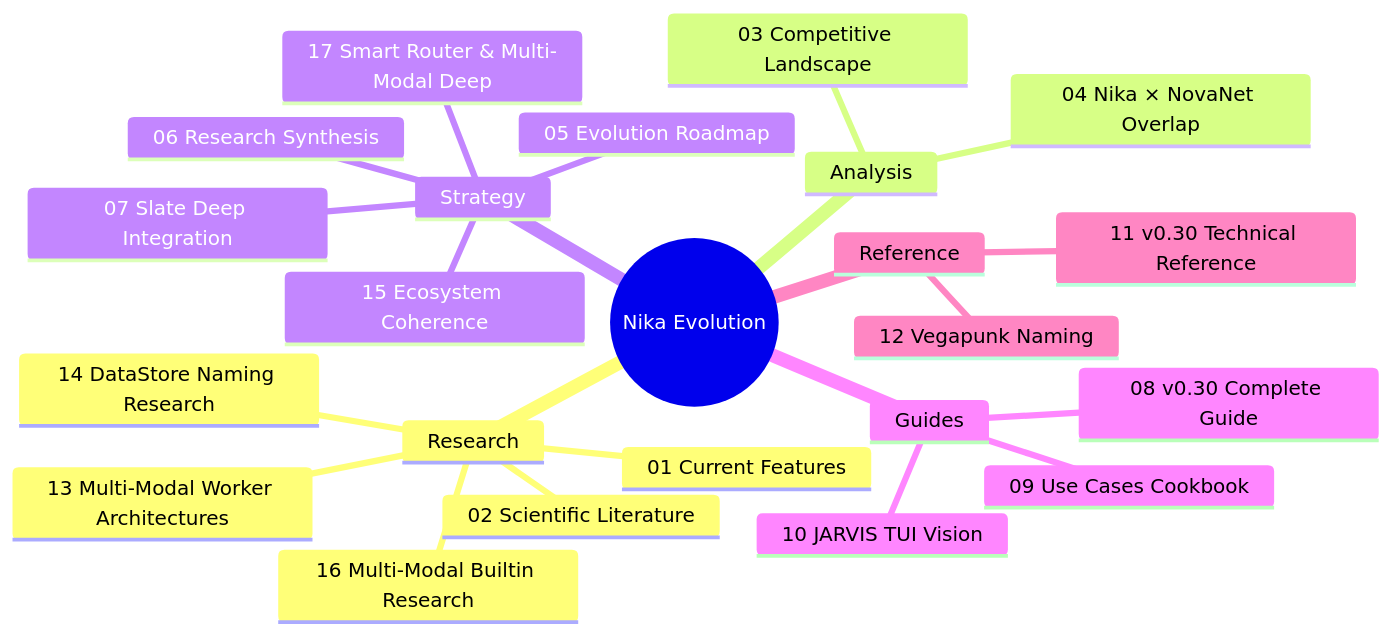
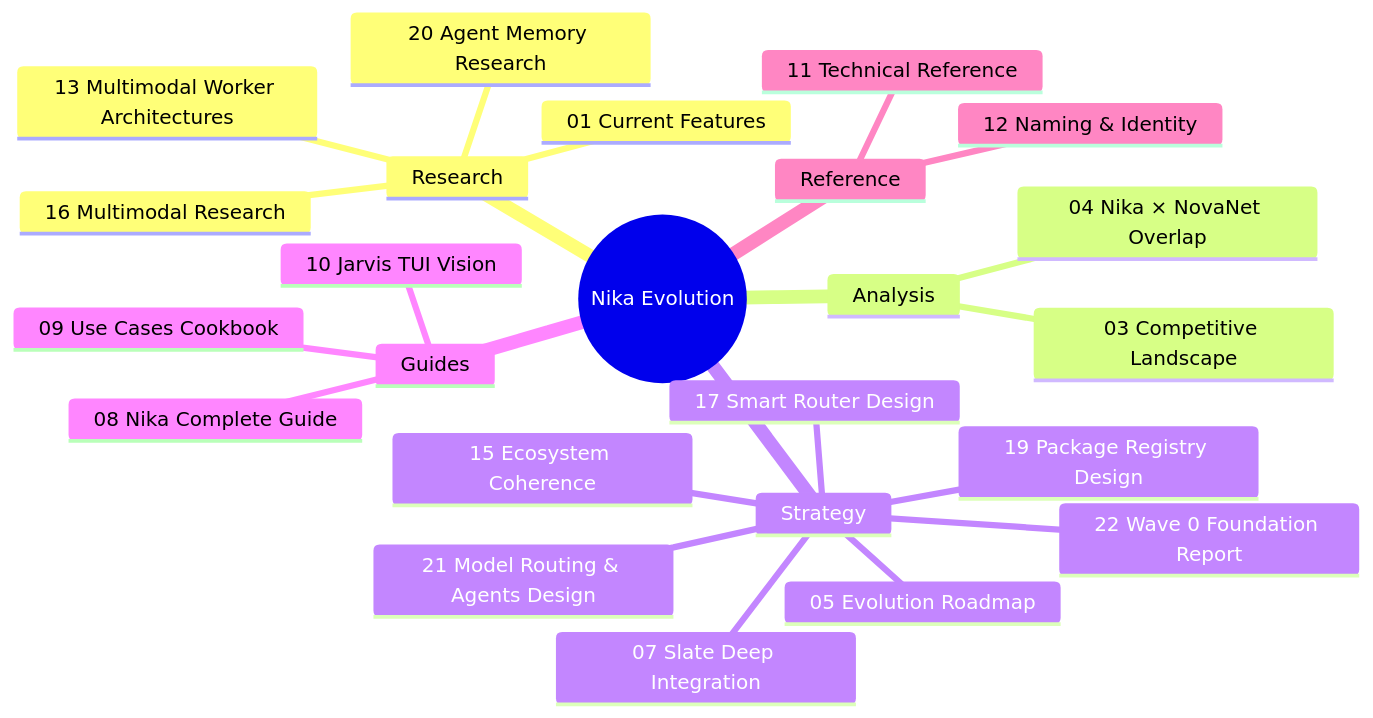
The first of 4 diagrams in docs/vision/00-README.md (supernovae-st/nika), drawn with Mermaid before and after one commit. The commit also changed other lines of this file and 72 other files, not shown here.

````diff
--- a/docs/vision/00-README.md
+++ b/docs/vision/00-README.md
@@ -12,26 +12,27 @@
 ```mermaid
 mindmap
   root((Nika Evolution))
     Research
       01 Current Features
-      02 Scientific Literature
-      13 Multi-Modal Worker Architectures
-      14 DataStore Naming Research
-      16 Multi-Modal Builtin Research
+      13 Multimodal Worker Architectures
+      16 Multimodal Research
+      20 Agent Memory Research
     Analysis
       03 Competitive Landscape
       04 Nika × NovaNet Overlap
     Strategy
       05 Evolution Roadmap
-      06 Research Synthesis
       07 Slate Deep Integration
       15 Ecosystem Coherence
-      17 Smart Router & Multi-Modal Deep
+      17 Smart Router Design
+      19 Package Registry Design
+      21 Model Routing & Agents Design
+      22 Wave 0 Foundation Report
     Guides
-      08 v0.30 Complete Guide
+      08 Nika Complete Guide
       09 Use Cases Cookbook
-      10 JARVIS TUI Vision
+      10 Jarvis TUI Vision
     Reference
-      11 v0.30 Technical Reference
-      12 Vegapunk Naming
+      11 Technical Reference
+      12 Naming & Identity
 ```
````
